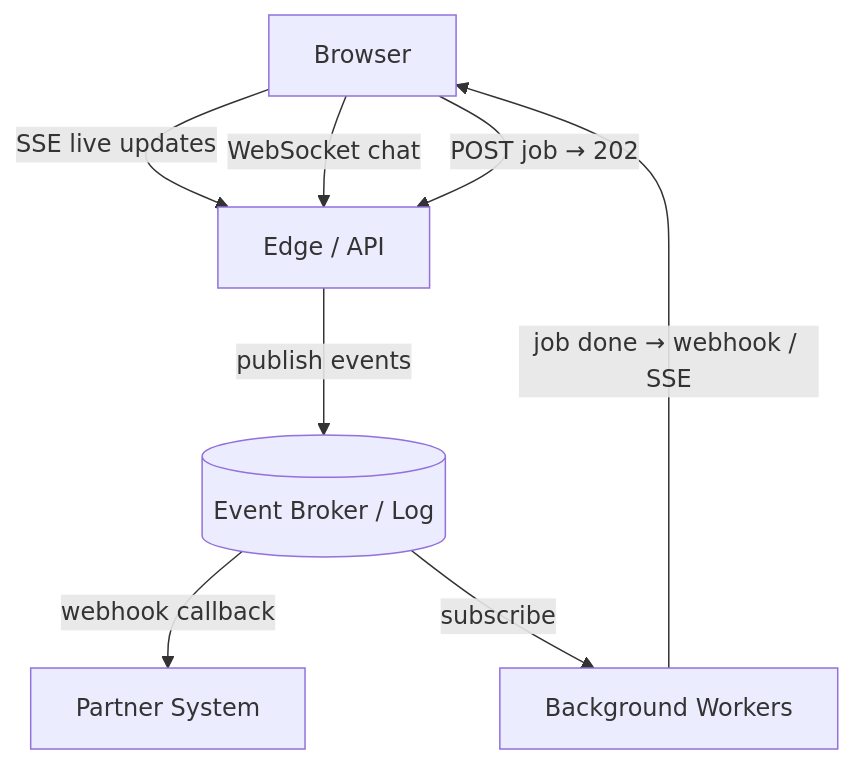
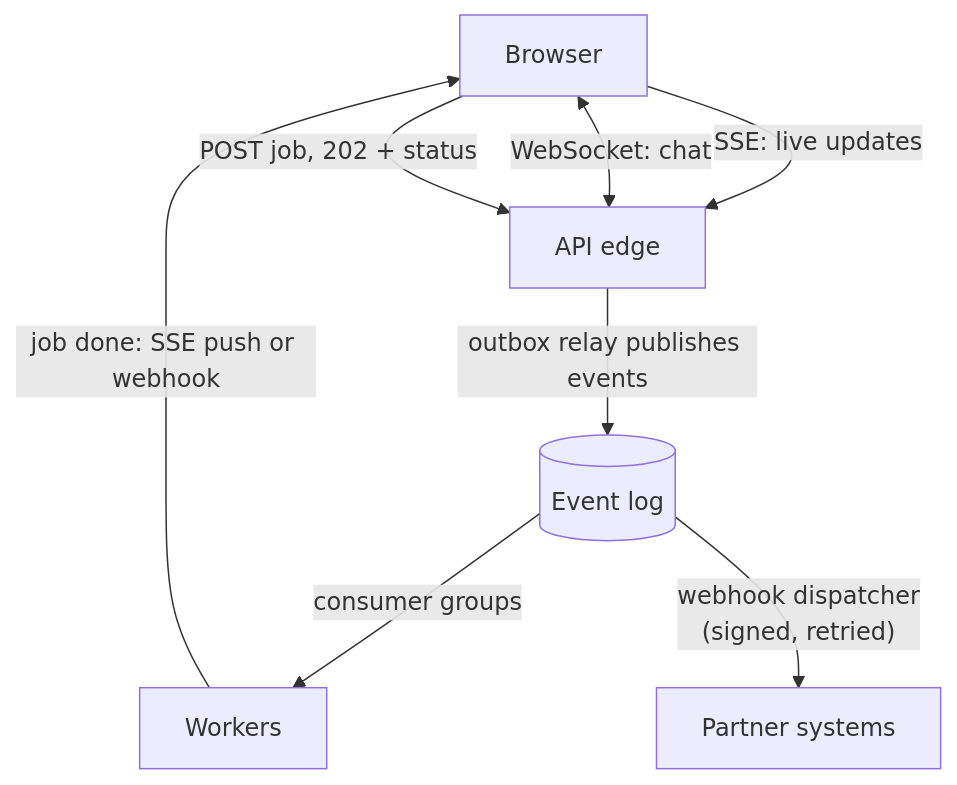
Before and after one commit to AndrewAltimit/Documentation: the tenth of 10 diagrams in github-pages/docs/api-design/async-and-events.md, drawn with Mermaid. The commit also changed other lines of this file and 240 other files, not shown here.

````diff
--- a/github-pages/docs/api-design/async-and-events.md
+++ b/github-pages/docs/api-design/async-and-events.md
@@ -396,10 +545,10 @@
 ```mermaid
 flowchart TD
-    Client["Browser"] -->|"SSE live updates"| Edge["Edge / API"]
-    Client -->|"WebSocket chat"| Edge
-    Client -->|"POST job → 202"| Edge
-    Edge -->|"publish events"| Broker[("Event Broker / Log")]
-    Broker -->|"webhook callback"| Partner["Partner System"]
-    Broker -->|"subscribe"| Worker["Background Workers"]
-    Worker -->|"job done → webhook / SSE"| Client
+    Browser["Browser"] -->|"SSE: live updates"| Edge["API edge"]
+    Browser <-->|"WebSocket: chat"| Edge
+    Browser -->|"POST job, 202 + status"| Edge
+    Edge -->|"outbox relay publishes events"| Broker[("Event log")]
+    Broker -->|"consumer groups"| Workers["Workers"]
+    Broker -->|"webhook dispatcher<br/>(signed, retried)"| Partner["Partner systems"]
+    Workers -->|"job done: SSE push or webhook"| Browser
 ```
````
